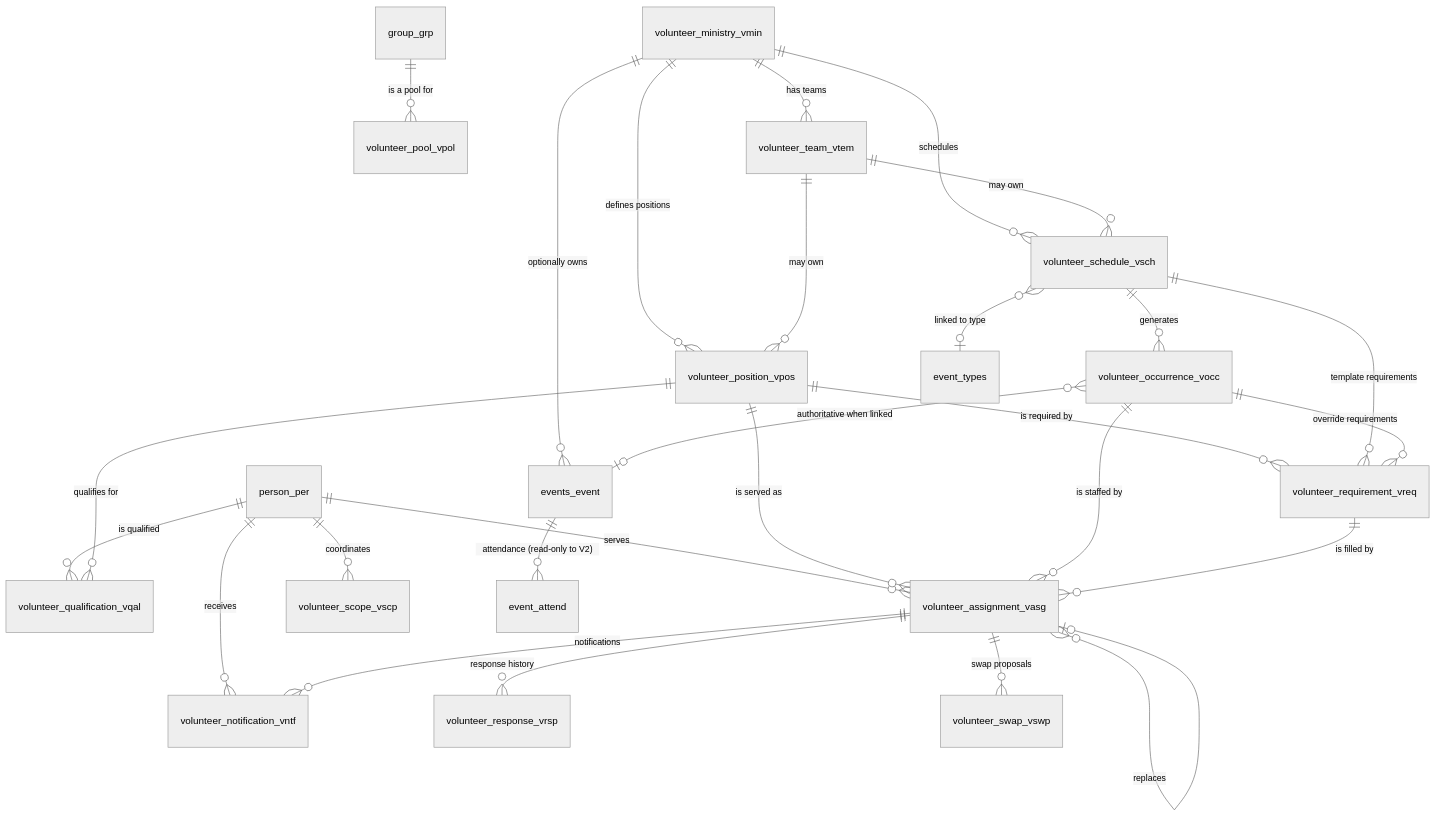
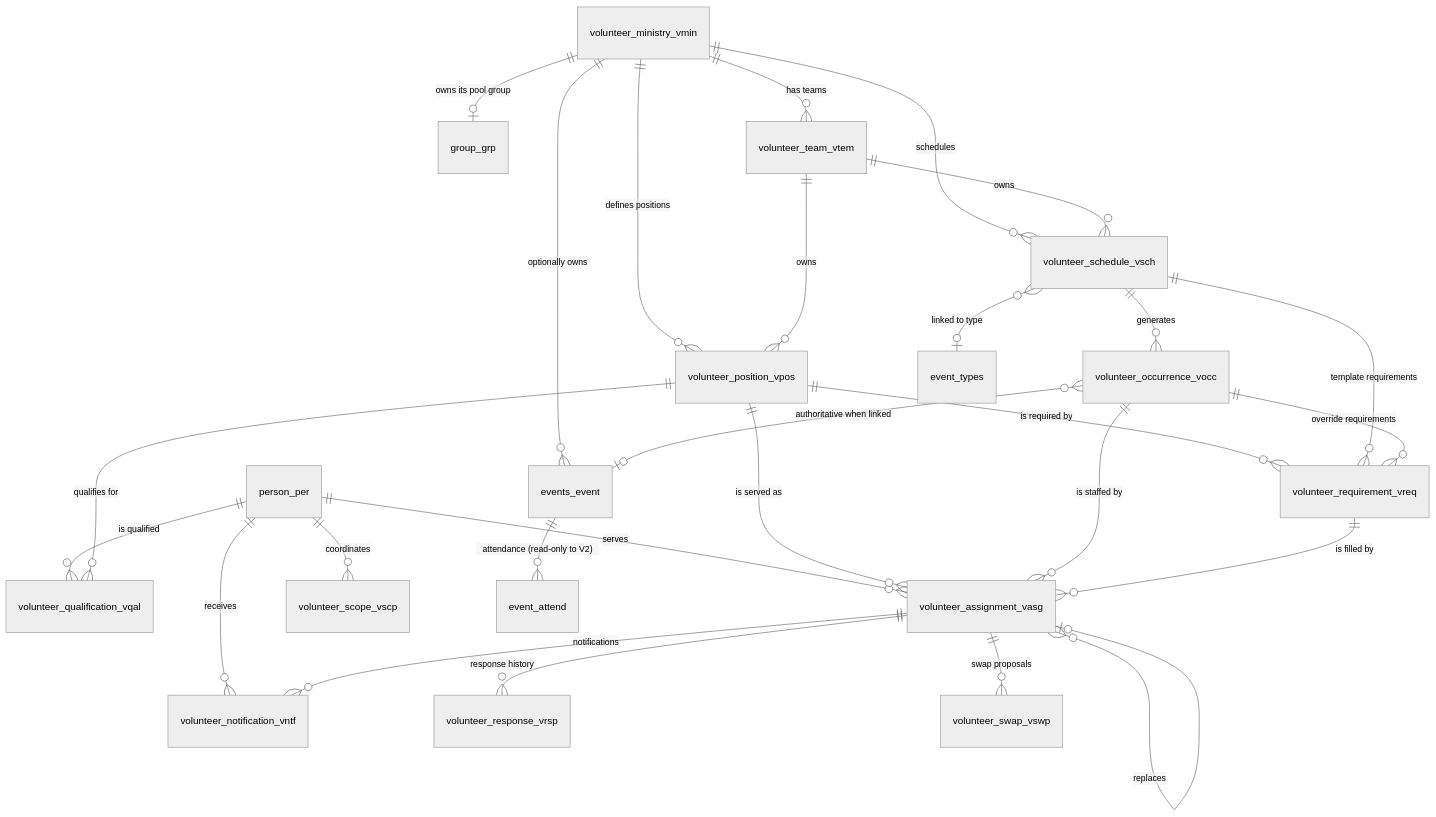
Before and after one commit to ChurchCRM/CRM: the diagram in .agents/skills/churchcrm/volunteer-v2-design.md, drawn with Mermaid (neutral theme). The commit also changed other lines of this file, not shown here.

````diff
--- a/.agents/skills/churchcrm/volunteer-v2-design.md
+++ b/.agents/skills/churchcrm/volunteer-v2-design.md
@@ -417,37 +447,37 @@
 ```mermaid
 erDiagram
     person_per      ||--o{ volunteer_qualification_vqal : "is qualified"
     person_per      ||--o{ volunteer_assignment_vasg    : "serves"
     person_per      ||--o{ volunteer_scope_vscp         : "coordinates"
     person_per      ||--o{ volunteer_notification_vntf  : "receives"
-    group_grp       ||--o{ volunteer_pool_vpol          : "is a pool for"
+    volunteer_ministry_vmin ||--o| group_grp             : "owns its pool group"
 
     volunteer_ministry_vmin ||--o{ volunteer_team_vtem      : "has teams"
     volunteer_ministry_vmin ||--o{ volunteer_position_vpos  : "defines positions"
     volunteer_ministry_vmin ||--o{ volunteer_schedule_vsch  : "schedules"
     volunteer_ministry_vmin ||--o{ events_event             : "optionally owns"
 
-    volunteer_team_vtem     ||--o{ volunteer_position_vpos  : "may own"
-    volunteer_team_vtem     ||--o{ volunteer_schedule_vsch  : "may own"
+    volunteer_team_vtem     ||--o{ volunteer_position_vpos  : "owns"
+    volunteer_team_vtem     ||--o{ volunteer_schedule_vsch  : "owns"
 
     volunteer_position_vpos ||--o{ volunteer_qualification_vqal : "qualifies for"
     volunteer_position_vpos ||--o{ volunteer_requirement_vreq   : "is required by"
     volunteer_position_vpos ||--o{ volunteer_assignment_vasg    : "is served as"
 
     volunteer_schedule_vsch ||--o{ volunteer_occurrence_vocc  : "generates"
     volunteer_schedule_vsch ||--o{ volunteer_requirement_vreq : "template requirements"
     volunteer_schedule_vsch }o--o| event_types                : "linked to type"
 
     volunteer_occurrence_vocc  }o--o| events_event                : "authoritative when linked"
     volunteer_occurrence_vocc  ||--o{ volunteer_requirement_vreq  : "override requirements"
     volunteer_occurrence_vocc  ||--o{ volunteer_assignment_vasg   : "is staffed by"
 
     volunteer_requirement_vreq ||--o{ volunteer_assignment_vasg : "is filled by"
 
     volunteer_assignment_vasg ||--o{ volunteer_response_vrsp     : "response history"
     volunteer_assignment_vasg ||--o{ volunteer_swap_vswp         : "swap proposals"
     volunteer_assignment_vasg ||--o{ volunteer_notification_vntf : "notifications"
     volunteer_assignment_vasg }o--o| volunteer_assignment_vasg   : "replaces"
 
     events_event ||--o{ event_attend : "attendance (read-only to V2)"
 ```
````
